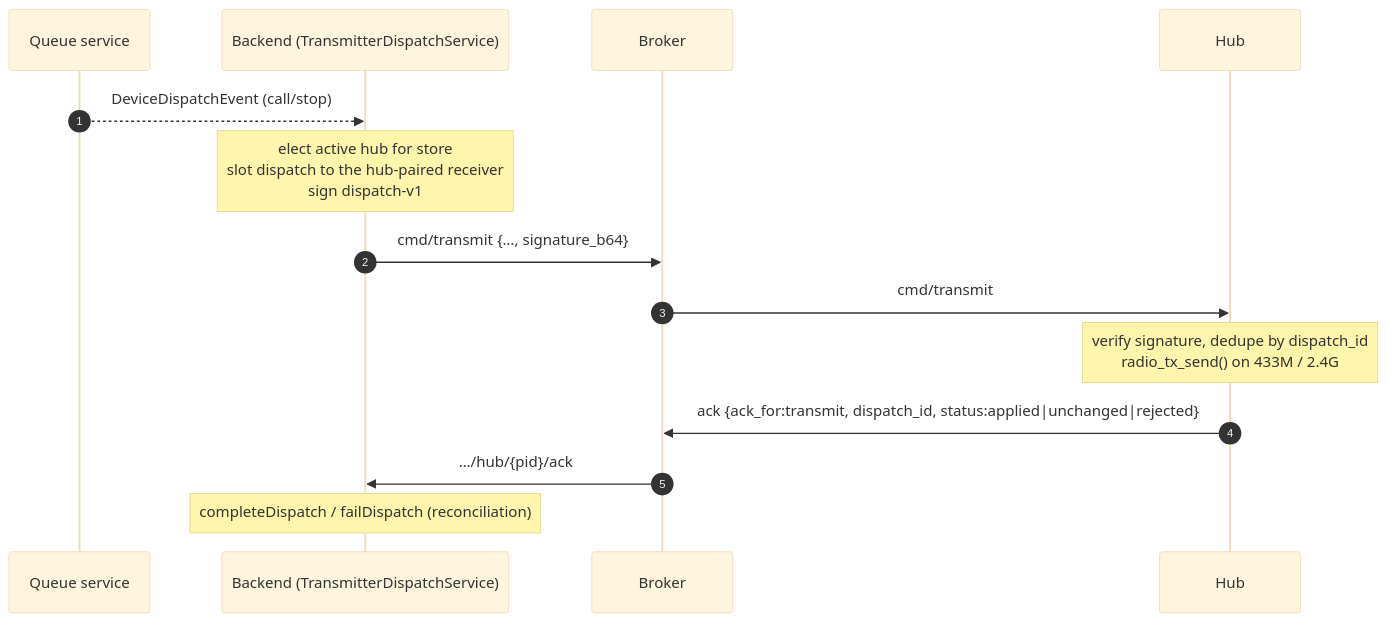
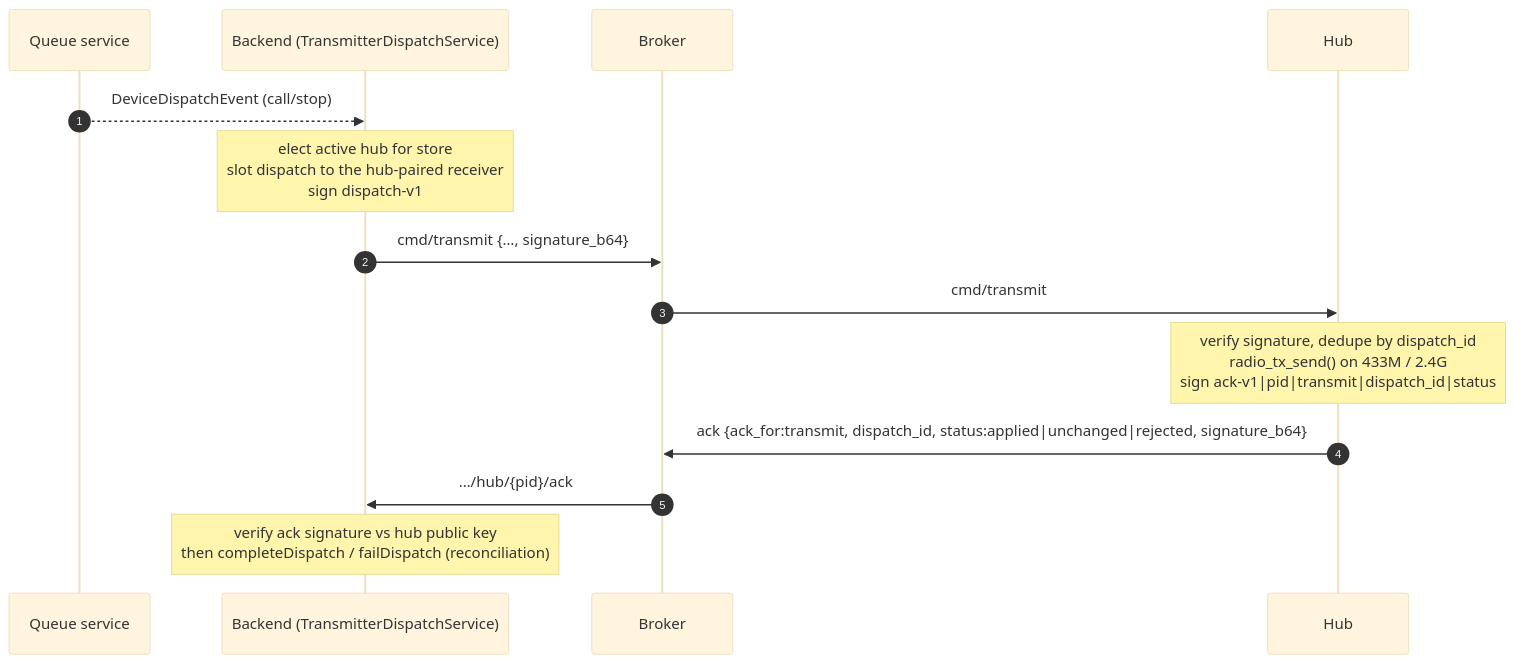
The second of 4 diagrams in docs/walkthrough/MQTT Communication Walkthrough.md (Thomas-Hoang-04/notiguide), drawn with Mermaid (base theme) before and after one commit. The commit also changed other lines of this file and 3 other files, not shown here.

Commit message:
feat: update MQTT schema and add device signature verification

````diff
--- a/docs/walkthrough/MQTT Communication Walkthrough.md
+++ b/docs/walkthrough/MQTT Communication Walkthrough.md
@@ -322,16 +380,16 @@
 ```mermaid
 sequenceDiagram
     autonumber
     participant Q as Queue service
     participant S as Backend (TransmitterDispatchService)
     participant B as Broker
     participant H as Hub
     Q-->>S: DeviceDispatchEvent (call/stop)
     Note over S: elect active hub for store<br/>slot dispatch to the hub-paired receiver<br/>sign dispatch-v1
     S->>B: cmd/transmit {…, signature_b64}
     B->>H: cmd/transmit
-    Note over H: verify signature, dedupe by dispatch_id<br/>radio_tx_send() on 433M / 2.4G
-    H->>B: ack {ack_for:transmit, dispatch_id, status:applied|unchanged|rejected}
+    Note over H: verify signature, dedupe by dispatch_id<br/>radio_tx_send() on 433M / 2.4G<br/>sign ack-v1|pid|transmit|dispatch_id|status
+    H->>B: ack {ack_for:transmit, dispatch_id, status:applied|unchanged|rejected, signature_b64}
     B->>S: …/hub/{pid}/ack
-    Note over S: completeDispatch / failDispatch (reconciliation)
+    Note over S: verify ack signature vs hub public key<br/>then completeDispatch / failDispatch (reconciliation)
 ```
````
